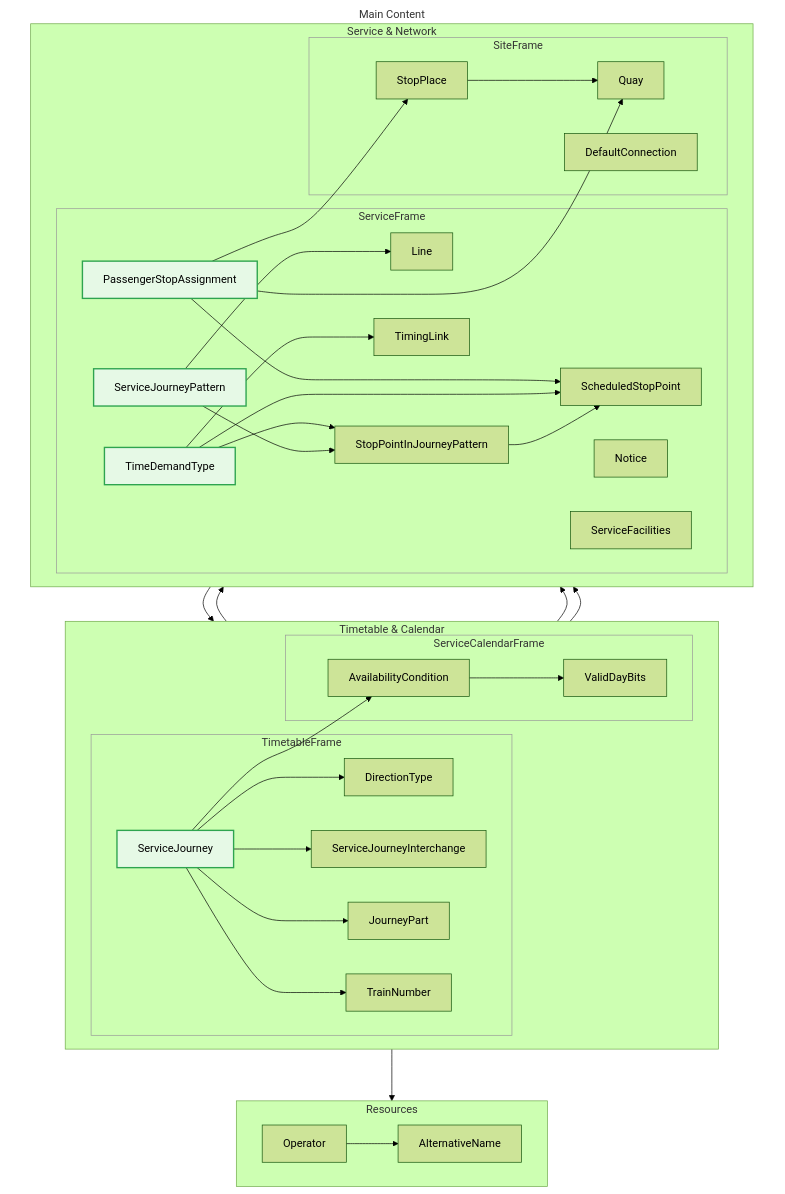
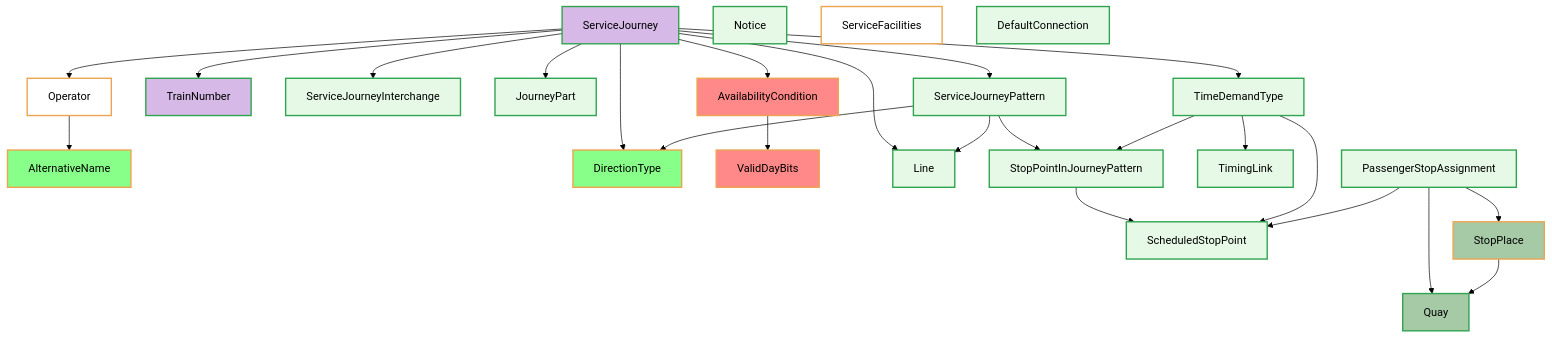
The diagram in src/02_basic_concepts.md (openTdataCH/netexRealisationGuideSwitzerland), drawn with Mermaid (forest theme) before and after one commit. The commit also changed 6 other files, not shown here.

````diff
--- a/src/02_basic_concepts.md
+++ b/src/02_basic_concepts.md
@@ -10,52 +10,27 @@
 ```mermaid
 flowchart TD
-    %% Resources at the very top
-    subgraph Resources["Resources"]
-        direction LR
-        AN[AlternativeName]
-        O[Operator]
-    end
-
-    %% Main content area
-    subgraph MainContent["Main Content"]
-        %% Timetable & Calendar
-        subgraph TimetableCalendar["Timetable & Calendar"]
-            direction LR
-            subgraph TimetableFrame["TimetableFrame"]
-                SJ[ServiceJourney]
-                DT[DirectionType]
-                TN[TrainNumber]
-                SI[ServiceJourneyInterchange]
-                JP[JourneyPart]
-            end
-            subgraph ServiceCalendarFrame["ServiceCalendarFrame"]
-                AC[AvailabilityCondition]
-                UOP[ValidDayBits]
-            end
-        end
-
-        %% Service & Network
-        subgraph ServiceNetwork["Service & Network"]
-            direction LR
-            subgraph ServiceFrame["ServiceFrame"]
-                SJP[ServiceJourneyPattern]
-                TDT[TimeDemandType]
-                L[Line]
-                SPtJP[StopPointInJourneyPattern]
-                TL[TimingLink]
-                SSP[ScheduledStopPoint]
-                N[Notice]
-                F[ServiceFacilities]
-                PSA[PassengerStopAssignment]
-            end
-            subgraph SiteFrame["SiteFrame"]
-                SP[StopPlace]
-                CN[DefaultConnection]
-                Q[Quay]
-            end
-        end
-    end
-
+    AN[AlternativeName]
+    O[Operator]
+    SJ[ServiceJourney]
+    DT[DirectionType]
+    TN[TrainNumber]
+    SI[ServiceJourneyInterchange]
+    JP[JourneyPart]
+    AC[AvailabilityCondition]
+    UOP[ValidDayBits]
+    SJP[ServiceJourneyPattern]
+    TDT[TimeDemandType]
+    L[Line]
+    SPtJP[StopPointInJourneyPattern]
+    TL[TimingLink]
+    SSP[ScheduledStopPoint]
+    N[Notice]
+    F[ServiceFacilities]
+    PSA[PassengerStopAssignment]
+    SP[StopPlace]
+    CN[DefaultConnection]
+    Q[Quay]
+    
     %% Relationships
     SJ --> DT
     SJ --> L
@@ -80,14 +55,40 @@
     SP --> Q
     O --> AN
 
-    %% Styling
-    style SJ fill:#e6f9e6,stroke:#2ea44f,stroke-width:2px
+    %% Styling ResourceFrame
+    style O fill:#ffffff,stroke:#eea44f,stroke-width:2px
+    style F fill:#ffffff,stroke:#eea44f,stroke-width:2px
+  
+    %% Styling ServiceCalendarFrame
+    style AC fill:#ff8888,stroke:#eea44f,stroke-width:2px
+    style UOP fill:#ff8888,stroke:#eea44f,stroke-width:2px
+
+
+    %% everyhwere
+      style AN fill:#88ff88,stroke:#eea44f,stroke-width:2px
+      style DT fill:#88ff88,stroke:#eea44f,stroke-width:2px
+   
+    %% Styling SiteFrame
+    style SP fill:#a6c9a6,stroke:#eea44f,stroke-width:2px
+    style Q fill:#a6c9a6,stroke:#2ea44f,stroke-width:2px
+
+    %% Styling TimetableFrame
+    style SJ fill:#d6b9e6,stroke:#2ea44f,stroke-width:2px
+    style TN fill:#d6b9e6,stroke:#2ea44f,stroke-width:2px
+
+    
+    %% Styling ServiceFrame
+    style TDT fill:#e6f9e6,stroke:#2ea44f,stroke-width:2px
     style SJP fill:#e6f9e6,stroke:#2ea44f,stroke-width:2px
-    style TDT fill:#e6f9e6,stroke:#2ea44f,stroke-width:2px
     style PSA fill:#e6f9e6,stroke:#2ea44f,stroke-width:2px
-    style TimetableFrame stroke:#999,stroke-width:1px,fill:none
-    style ServiceCalendarFrame stroke:#999,stroke-width:1px,fill:none
-    style ServiceFrame stroke:#999,stroke-width:1px,fill:none
-    style SiteFrame stroke:#999,stroke-width:1px,fill:none
-    style MainContent fill:none,stroke:none
+    style L fill:#e6f9e6,stroke:#2ea44f,stroke-width:2px
+    style TL fill:#e6f9e6,stroke:#2ea44f,stroke-width:2px
+    style SPtJP fill:#e6f9e6,stroke:#2ea44f,stroke-width:2px
+    style JP fill:#e6f9e6,stroke:#2ea44f,stroke-width:2px
+    style SI fill:#e6f9e6,stroke:#2ea44f,stroke-width:2px
+    style SI fill:#e6f9e6,stroke:#2ea44f,stroke-width:2px
+    style N fill:#e6f9e6,stroke:#2ea44f,stroke-width:2px
+    style CN fill:#e6f9e6,stroke:#2ea44f,stroke-width:2px
+    style SSP fill:#e6f9e6,stroke:#2ea44f,stroke-width:2px
+
 ```
````
